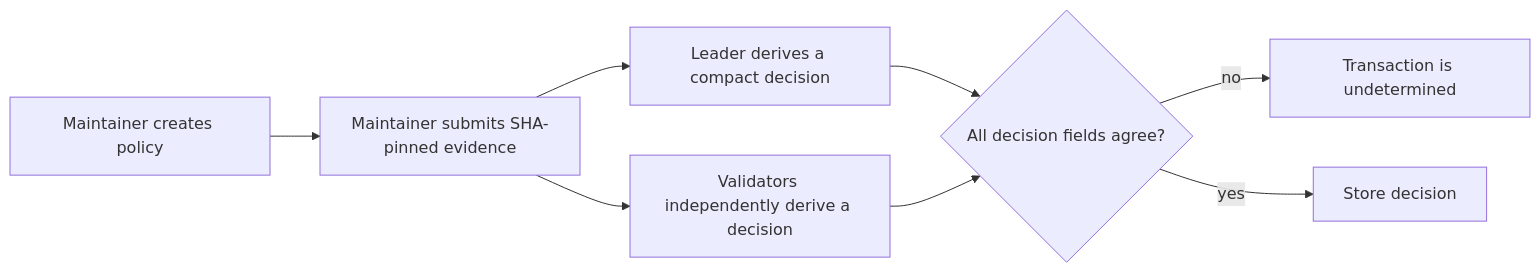
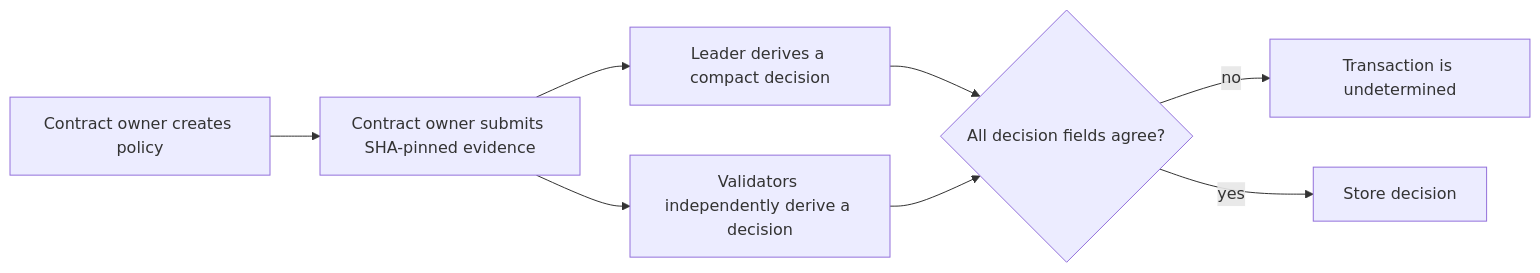
Before and after one commit to Cassxbt/release-proof: the diagram in README.md, drawn with Mermaid. The commit also changed other lines of this file and 4 other files, not shown here.

````diff
--- a/README.md
+++ b/README.md
@@ -17,10 +17,10 @@
 ```mermaid
 flowchart LR
-  A[Maintainer creates policy] --> B[Maintainer submits SHA-pinned evidence]
+  A[Contract owner creates policy] --> B[Contract owner submits SHA-pinned evidence]
   B --> C[Leader derives a compact decision]
   B --> D[Validators independently derive a decision]
   C --> E{All decision fields agree?}
   D --> E
   E -- no --> F[Transaction is undetermined]
   E -- yes --> G[Store decision]
 ```
````
